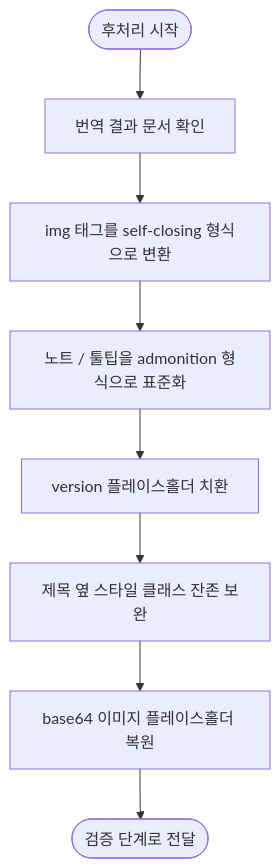
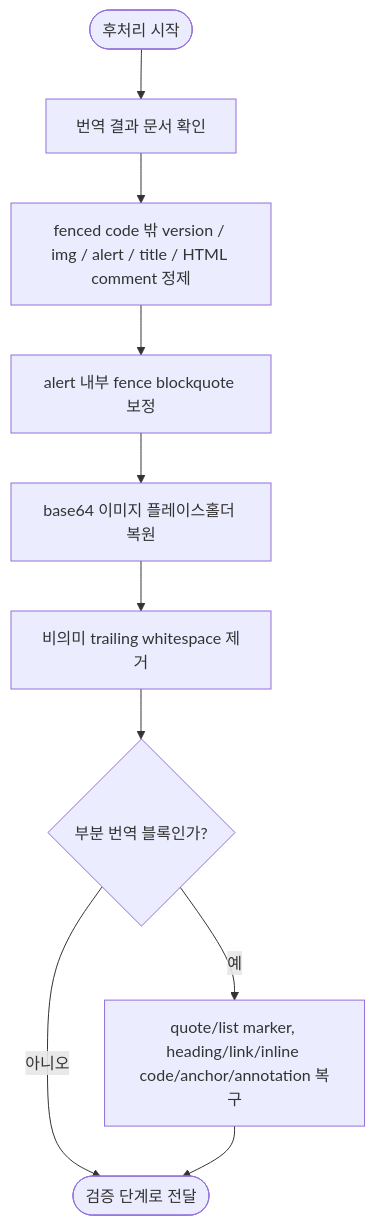
Before and after one commit to letsescape/laravel-docs: the diagram in translation-sync/docs/03-postprocessing.md, drawn with Mermaid. The commit also changed other lines of this file and 76 other files, not shown here.

````diff
--- a/translation-sync/docs/03-postprocessing.md
+++ b/translation-sync/docs/03-postprocessing.md
@@ -5,10 +5,12 @@
 ```mermaid
 flowchart TD
     A([후처리 시작]) --> B["번역 결과 문서 확인"]
-    B --> C["img 태그를 self-closing 형식으로 변환"]
-    C --> D["노트 / 툴팁을 admonition 형식으로 표준화"]
-    D --> E["version 플레이스홀더 치환"]
-    E --> F["제목 옆 스타일 클래스 잔존 보완"]
-    F --> G["base64 이미지 플레이스홀더 복원"]
-    G --> J([검증 단계로 전달])
+    B --> C["fenced code 밖 version / img / alert / title / HTML comment 정제"]
+    C --> D["alert 내부 fence blockquote 보정"]
+    D --> E["base64 이미지 플레이스홀더 복원"]
+    E --> F["비의미 trailing whitespace 제거"]
+    F --> G{"부분 번역 블록인가?"}
+    G -- 예 --> H["quote/list marker, heading/link/inline code/anchor/annotation 복구"]
+    G -- 아니오 --> J([검증 단계로 전달])
+    H --> J
 ```
````
